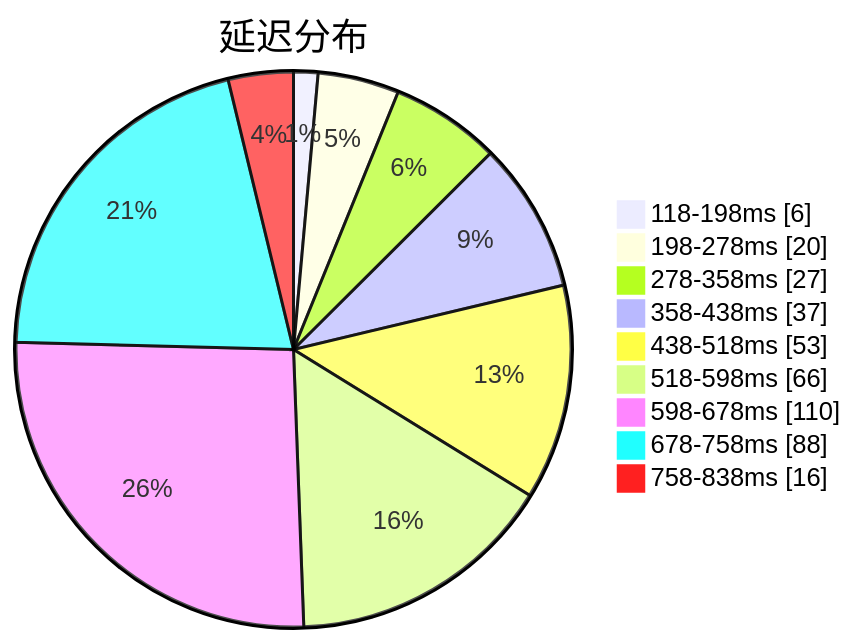
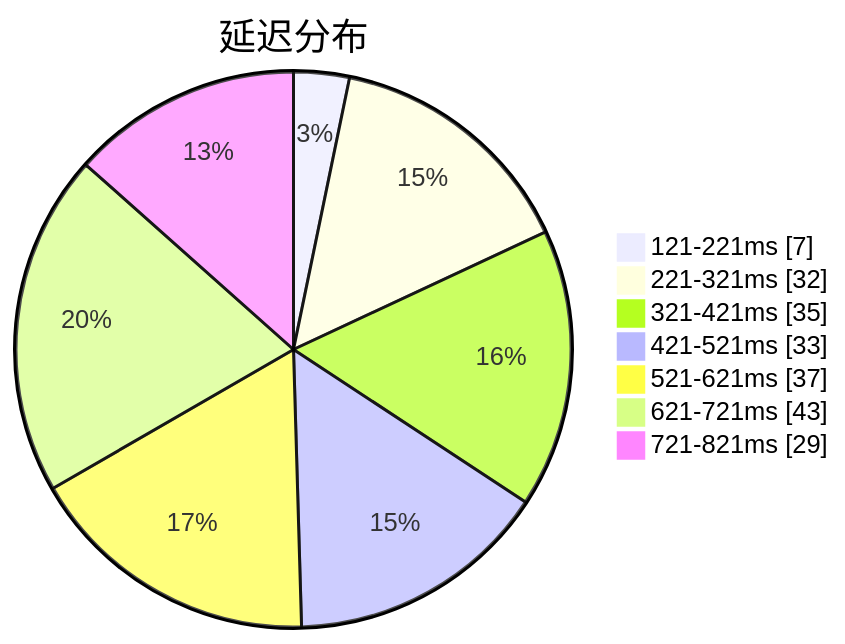
The first of 3 diagrams in subs/statistics/tested_within.md (sinspired/airport), drawn with Mermaid before and after one commit. The commit also changed other lines of this file and 2 other files, not shown here.

````diff
--- a/subs/statistics/tested_within.md
+++ b/subs/statistics/tested_within.md
@@ -2,13 +2,11 @@
 ```mermaid
 pie showData
 title 延迟分布
-"118-198ms" : 6
-"198-278ms" : 20
-"278-358ms" : 27
-"358-438ms" : 37
-"438-518ms" : 53
-"518-598ms" : 66
-"598-678ms" : 110
-"678-758ms" : 88
-"758-838ms" : 16
+"121-221ms" : 7
+"221-321ms" : 32
+"321-421ms" : 35
+"421-521ms" : 33
+"521-621ms" : 37
+"621-721ms" : 43
+"721-821ms" : 29
 ```
````
